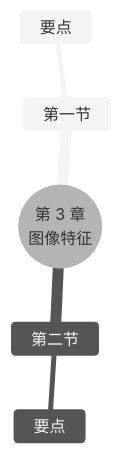
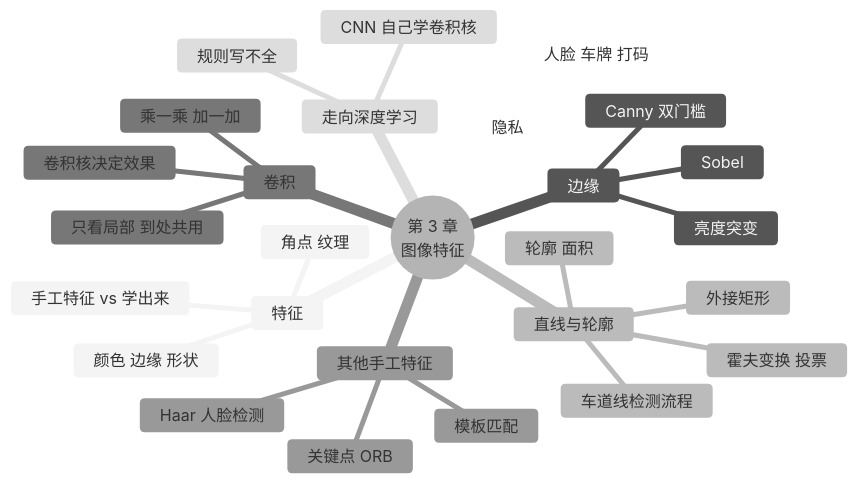
Before and after one commit to MingziFu9/cv-textbook: the third of 3 diagrams in docs/chapters/03-features/index.md, drawn with Mermaid (neutral theme). The commit also changed other lines of this file and 34 other files, not shown here.

First line of the commit message:
第 3 章 图像特征：正文、4 个实验、卷积核滑动和 Canny 双门槛动画、术语 15 条；配图脚本

````diff
--- a/docs/chapters/03-features/index.md
+++ b/docs/chapters/03-features/index.md
@@ -227,8 +857,30 @@
 ```mermaid
 mindmap
   root((第 3 章<br/>图像特征))
-    第一节
-      要点
-    第二节
-      要点
+    特征
+      颜色 边缘 形状
+      角点 纹理
+      手工特征 vs 学出来
+    边缘
+      亮度突变
+      Sobel
+      Canny 双门槛
+    直线与轮廓
+      霍夫变换 投票
+      车道线检测流程
+      轮廓 面积
+      外接矩形
+    卷积
+      乘一乘 加一加
+      卷积核决定效果
+      只看局部 到处共用
+    其他手工特征
+      关键点 ORB
+      模板匹配
+      Haar 人脸检测
+    走向深度学习
+      规则写不全
+      CNN 自己学卷积核
+    隐私
+      人脸 车牌 打码
 ```
````
